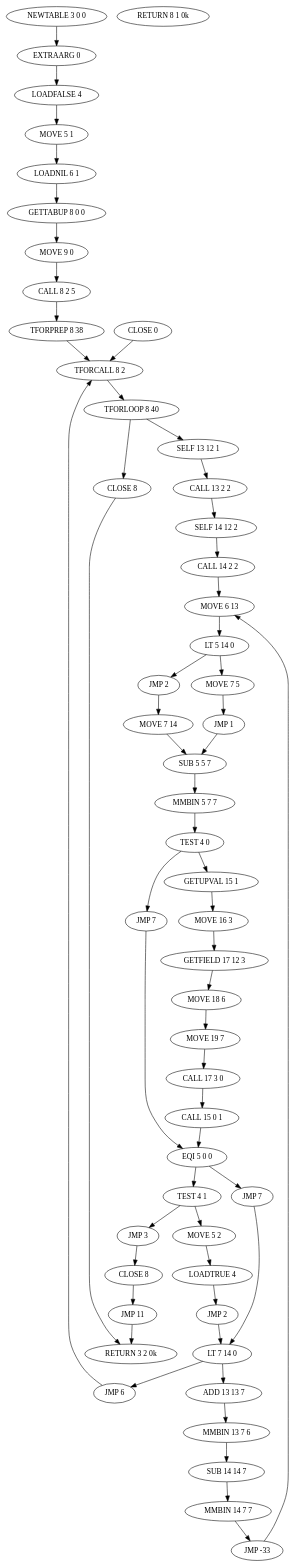
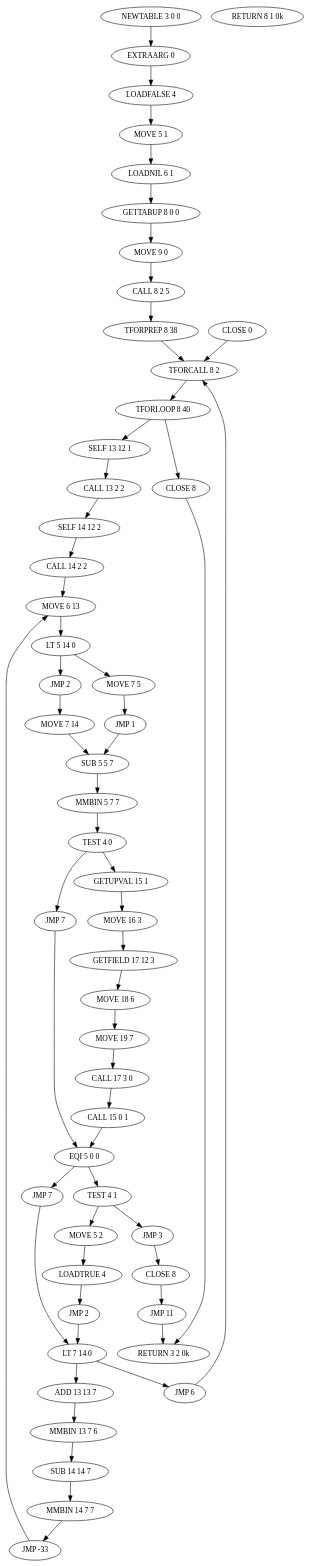
Before and after one commit to martin-eden/Lua-Callgraph: the diagram in output/dot/test.lua.2.dot, drawn with Graphviz. The commit also changed 7 other files, not shown here.

```diff
--- a/output/dot/test.lua.2.dot
+++ b/output/dot/test.lua.2.dot
@@ -1,77 +1,79 @@
 strict digraph "test.lua.2"
 {
+  "01" -> "02" -> "03" -> "04" -> "05" -> "06" ->
+    "07" -> "08" -> "09" -> "48";
+  "10" -> "11" -> "12" -> "13" -> "14";
+  "14" -> "15" -> { "16" "17" };
+  "16" -> "19";
+  "17" -> "18" -> "20";
+  "19" -> "20";
+  "20" -> "21" -> "22" -> { "23" "24" };
+  "23" -> "31";
+  "24" -> "25" -> "26" -> "27" -> "28" -> "29" ->
+    "30" -> "31";
+  "31" -> { "32" "33" };
+  "32" -> "40";
+  "33" -> { "34" "35" };
+  "34" -> "38";
+  "35" -> "36" -> "37" -> "40";
+  "38" -> "39" -> "51";
+  "40" -> { "41" "42" };
+  "41" -> "48";
+  "42" -> "43" -> "44" -> "45" -> "46" -> "14";
+  "47" -> "48";
+  "48" -> "49" -> { "10" "50" };
+  "50" -> "51";
+
   "01" [ label = "NEWTABLE 3 0 0" ];
   "02" [ label = "EXTRAARG 0" ];
   "03" [ label = "LOADFALSE 4" ];
   "04" [ label = "MOVE 5 1" ];
   "05" [ label = "LOADNIL 6 1" ];
   "06" [ label = "GETTABUP 8 0 0" ];
   "07" [ label = "MOVE 9 0" ];
   "08" [ label = "CALL 8 2 5" ];
   "09" [ label = "TFORPREP 8 38" ];
   "10" [ label = "SELF 13 12 1" ];
   "11" [ label = "CALL 13 2 2" ];
   "12" [ label = "SELF 14 12 2" ];
   "13" [ label = "CALL 14 2 2" ];
   "14" [ label = "MOVE 6 13" ];
   "15" [ label = "LT 5 14 0" ];
   "16" [ label = "JMP 2" ];
   "17" [ label = "MOVE 7 5" ];
   "18" [ label = "JMP 1" ];
   "19" [ label = "MOVE 7 14" ];
   "20" [ label = "SUB 5 5 7" ];
   "21" [ label = "MMBIN 5 7 7" ];
   "22" [ label = "TEST 4 0" ];
   "23" [ label = "JMP 7" ];
   "24" [ label = "GETUPVAL 15 1" ];
   "25" [ label = "MOVE 16 3" ];
   "26" [ label = "GETFIELD 17 12 3" ];
   "27" [ label = "MOVE 18 6" ];
   "28" [ label = "MOVE 19 7" ];
   "29" [ label = "CALL 17 3 0" ];
   "30" [ label = "CALL 15 0 1" ];
   "31" [ label = "EQI 5 0 0" ];
   "32" [ label = "JMP 7" ];
   "33" [ label = "TEST 4 1" ];
   "34" [ label = "JMP 3" ];
   "35" [ label = "MOVE 5 2" ];
   "36" [ label = "LOADTRUE 4" ];
   "37" [ label = "JMP 2" ];
   "38" [ label = "CLOSE 8" ];
   "39" [ label = "JMP 11" ];
   "40" [ label = "LT 7 14 0" ];
   "41" [ label = "JMP 6" ];
   "42" [ label = "ADD 13 13 7" ];
   "43" [ label = "MMBIN 13 7 6" ];
   "44" [ label = "SUB 14 14 7" ];
   "45" [ label = "MMBIN 14 7 7" ];
   "46" [ label = "JMP -33" ];
   "47" [ label = "CLOSE 0" ];
   "48" [ label = "TFORCALL 8 2" ];
   "49" [ label = "TFORLOOP 8 40" ];
   "50" [ label = "CLOSE 8" ];
   "51" [ label = "RETURN 3 2 0k" ];
   "52" [ label = "RETURN 8 1 0k" ];
-
-  "01" -> "02" -> "03" -> "04" -> "05" -> "06" -> "07" -> "08" -> "09" -> "48";
-  "10" -> "11" -> "12" -> "13" -> "14" -> "15";
-  "15" -> { "16" "17" };
-  "16" -> "19";
-  "17" -> "18" -> "20";
-  "19" -> "20" -> "21" -> "22";
-  "22" -> { "23" "24" };
-  "23" -> "31";
-  "24" -> "25" -> "26" -> "27" -> "28" -> "29" -> "30" -> "31";
-  "31" -> { "32" "33" };
-  "32" -> "40";
-  "33" -> { "34" "35" };
-  "34" -> "38";
-  "35" -> "36" -> "37" -> "40";
-  "38" -> "39" -> "51";
-  "40" -> { "41" "42" };
-  "41" -> "48";
-  "42" -> "43" -> "44" -> "45" -> "46" -> "14";
-  "47" -> "48" -> "49";
-  "49" -> { "50" "10" };
-  "50" -> "51";
 }
```
